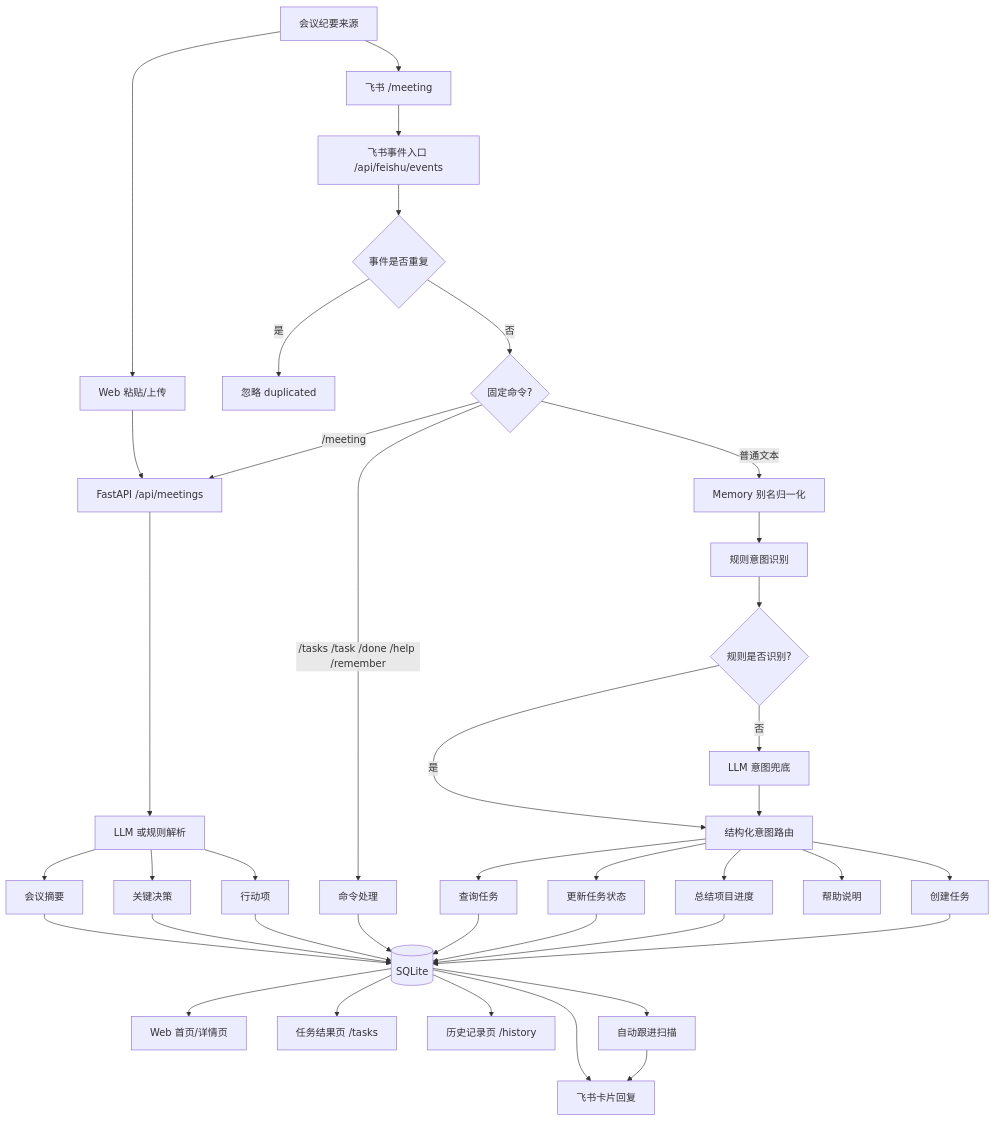
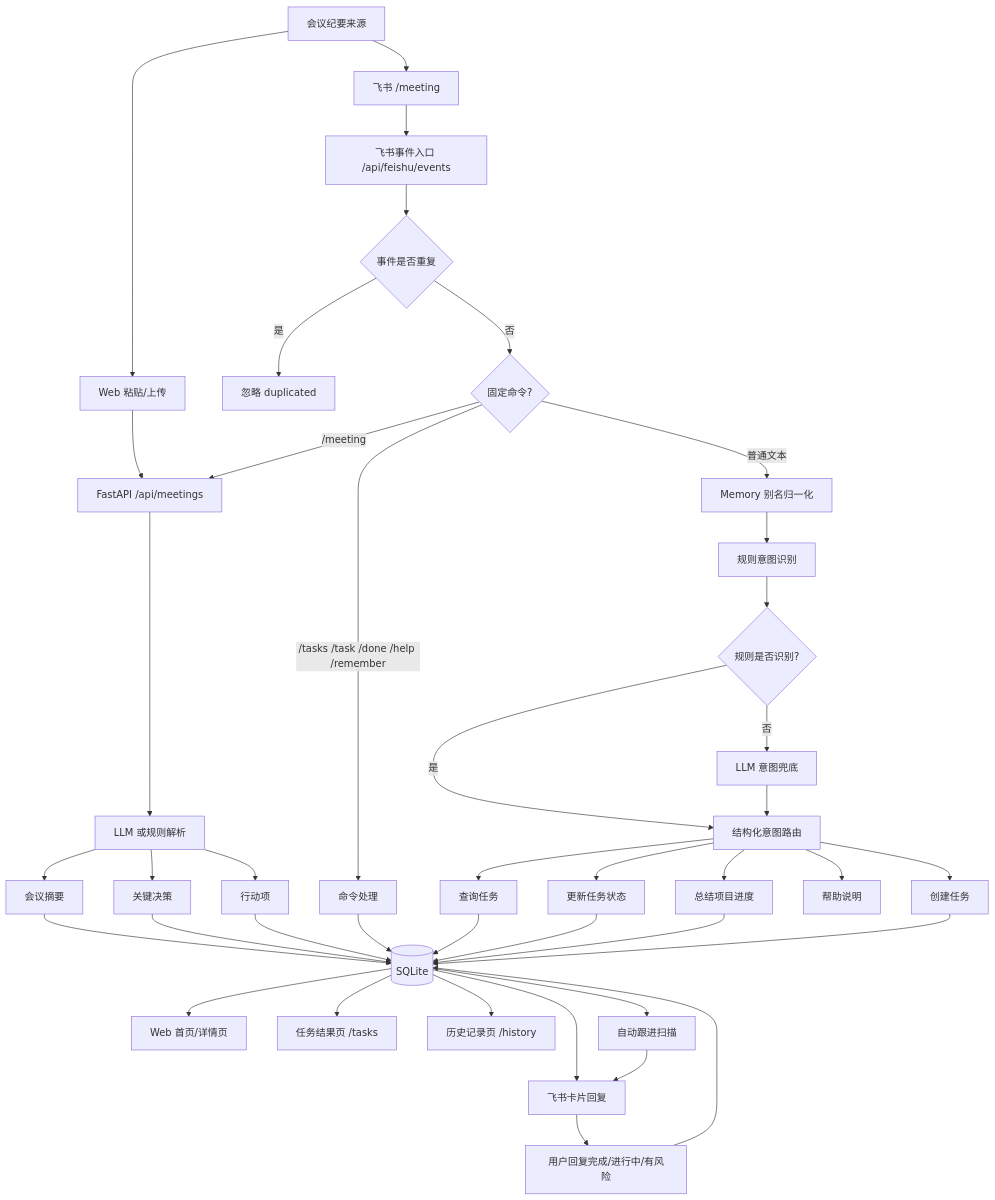
Before and after one commit to Ping-z330/action_bridge: the first of 2 diagrams in README.md, drawn with Mermaid. The commit also changed other lines of this file and 5 other files, not shown here.

````diff
--- a/README.md
+++ b/README.md
@@ -32,50 +32,52 @@
 ```mermaid
 flowchart TD
     A[会议纪要来源] --> A1[Web 粘贴/上传]
     A --> A2[飞书 /meeting]
 
     A1 --> B[FastAPI /api/meetings]
     A2 --> C[飞书事件入口 /api/feishu/events]
 
     C --> C1{事件是否重复}
     C1 -->|是| C2[忽略 duplicated]
     C1 -->|否| D{固定命令?}
 
     D -->|/meeting| B
     D -->|/tasks /task /done /help /remember| E[命令处理]
     D -->|普通文本| F0[Memory 别名归一化]
     F0 --> F[规则意图识别]
     F --> FLLM{规则是否识别?}
     FLLM -->|是| FR[结构化意图路由]
     FLLM -->|否| FLLM2[LLM 意图兜底]
     FLLM2 --> FR
 
     B --> G[LLM 或规则解析]
     G --> G1[会议摘要]
     G --> G2[关键决策]
     G --> G3[行动项]
 
     G1 --> H[(SQLite)]
     G2 --> H
     G3 --> H
 
     FR --> F1[查询任务]
     FR --> F2[更新任务状态]
     FR --> F3[总结项目进度]
     FR --> F4[帮助说明]
     FR --> F5[创建任务]
 
     E --> H
     F1 --> H
     F2 --> H
     F3 --> H
     F5 --> H
 
     H --> I[Web 首页/详情页]
     H --> J[任务结果页 /tasks]
     H --> K[历史记录页 /history]
     H --> L[飞书卡片回复]
 
     H --> M[自动跟进扫描]
     M --> L
+    L --> N[用户回复完成/进行中/有风险]
+    N --> H
 ```
````
